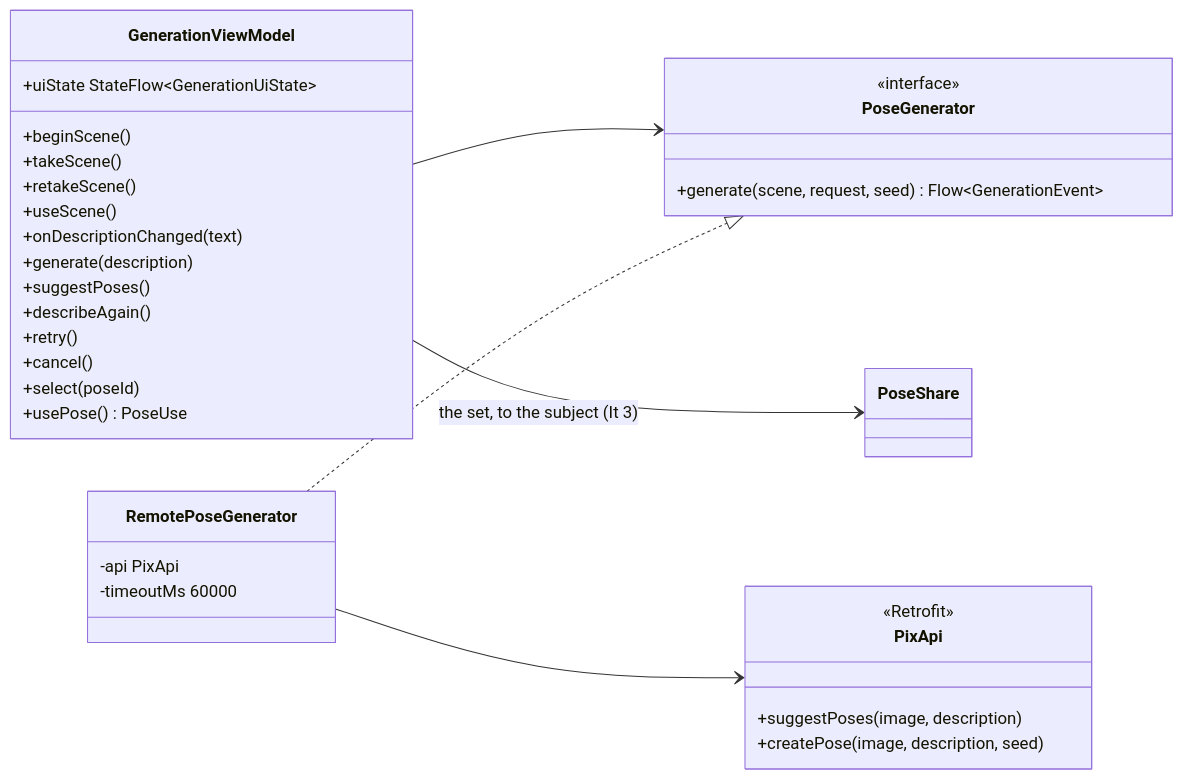
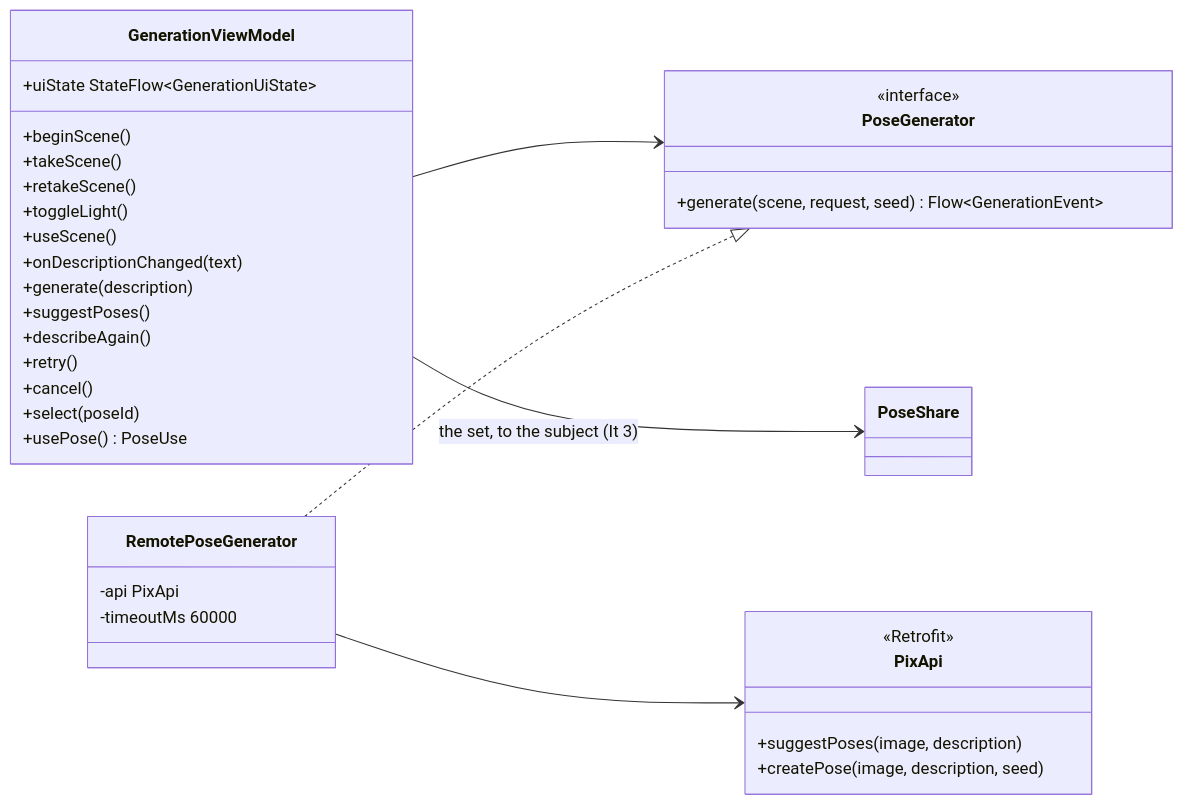
The eighth of 12 diagrams in wiki/Design-Documentation.md (snuhcs-course/swpp-2026-project-team-10), drawn with Mermaid before and after one commit. The commit also changed other lines of this file and 44 other files, not shown here.

````diff
--- a/wiki/Design-Documentation.md
+++ b/wiki/Design-Documentation.md
@@ -763,36 +769,37 @@
 ```mermaid
 classDiagram
   direction LR
   class GenerationViewModel {
     +uiState StateFlow~GenerationUiState~
     +beginScene()
     +takeScene()
     +retakeScene()
+    +toggleLight()
     +useScene()
     +onDescriptionChanged(text)
     +generate(description)
     +suggestPoses()
     +describeAgain()
     +retry()
     +cancel()
     +select(poseId)
     +usePose() PoseUse
   }
   class PoseGenerator {
     <<interface>>
     +generate(scene, request, seed) Flow~GenerationEvent~
   }
   class RemotePoseGenerator {
     -api PixApi
     -timeoutMs 60000
   }
   class PixApi {
     <<Retrofit>>
     +suggestPoses(image, description)
     +createPose(image, description, seed)
   }
   GenerationViewModel --> PoseGenerator
   GenerationViewModel --> PoseShare : the set, to the subject (It 3)
   RemotePoseGenerator ..|> PoseGenerator
   RemotePoseGenerator --> PixApi
 ```
````
